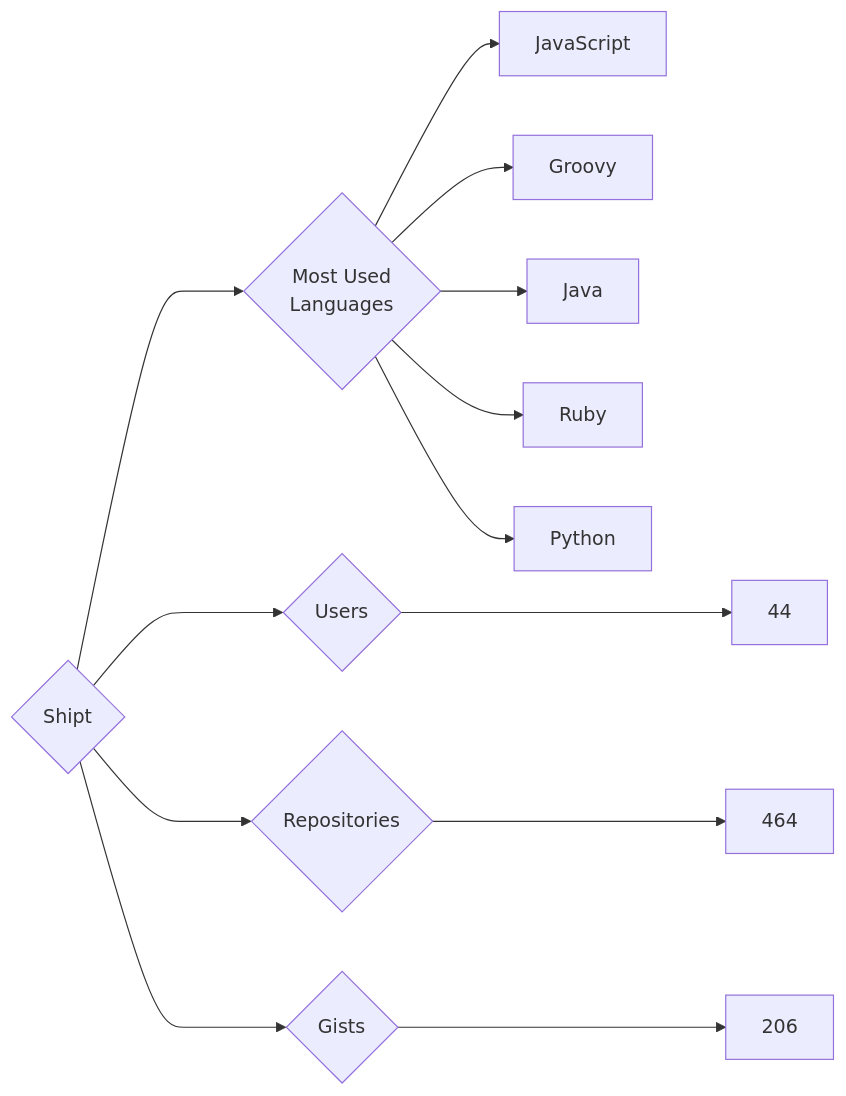
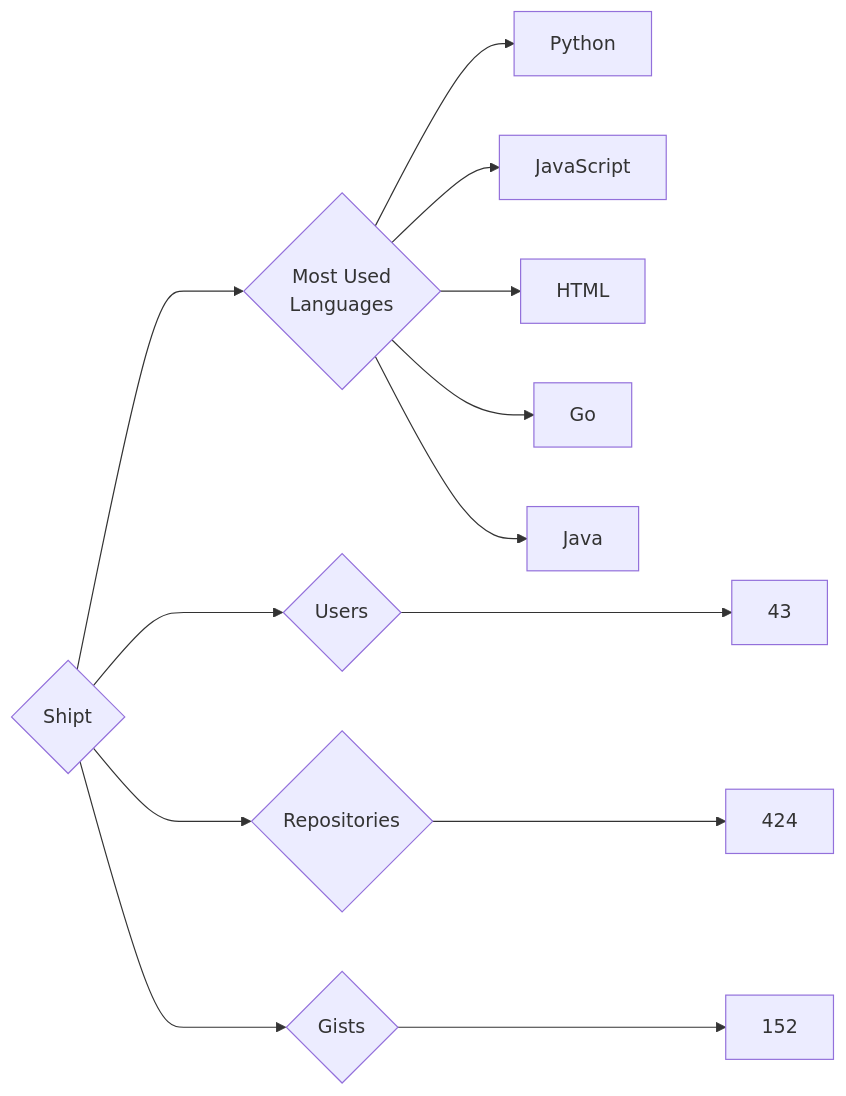
Before and after one commit to trickest/insiders: the diagram in targets/Shipt/README.md, drawn with Mermaid. The commit also changed 970 other files, not shown here.

````diff
--- a/targets/Shipt/README.md
+++ b/targets/Shipt/README.md
@@ -3,13 +3,13 @@
 ```mermaid
 graph LR
 COMPANY_NAME{Shipt}
-COMPANY_NAME ---> U{Users} ---> UN[44]
-COMPANY_NAME ---> R{Repositories} ---> RN[464]
-COMPANY_NAME ---> G{Gists} ---> GN[206]
+COMPANY_NAME ---> U{Users} ---> UN[43]
+COMPANY_NAME ---> R{Repositories} ---> RN[424]
+COMPANY_NAME ---> G{Gists} ---> GN[152]
 COMPANY_NAME ---> ML{Most Used<br>Languages}
+ML --> Python[Python]
 ML --> JavaScript[JavaScript]
-ML --> Groovy[Groovy]
+ML --> HTML[HTML]
+ML --> Go[Go]
 ML --> Java[Java]
-ML --> Ruby[Ruby]
-ML --> Python[Python]
 ```
````
